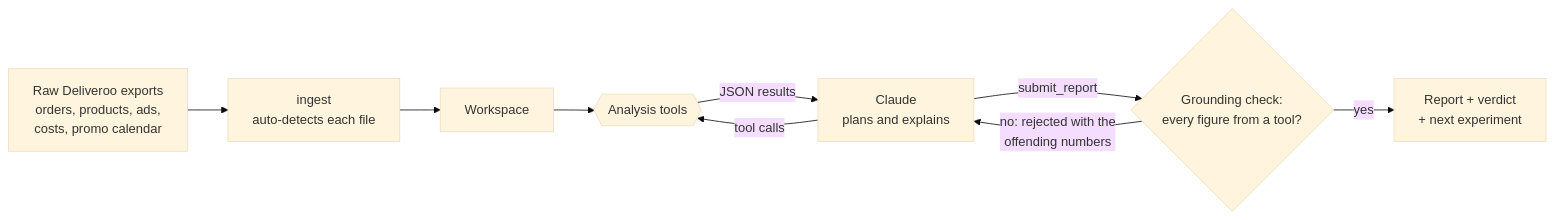
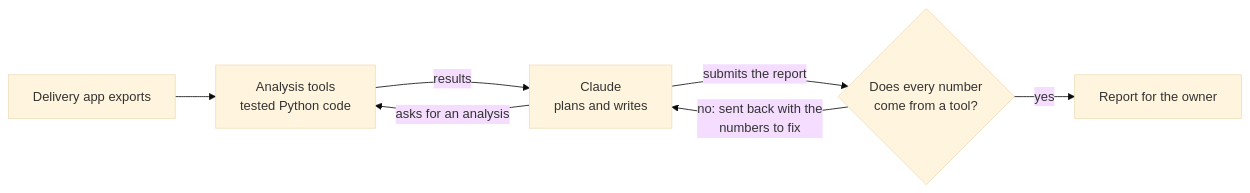
Before and after one commit to andreaezioguglielmini/promo-profit-lab: the diagram in README.md, drawn with Mermaid (base theme). The commit also changed other lines of this file and 22 other files, not shown here.

````diff
--- a/README.md
+++ b/README.md
@@ -19,11 +57,9 @@
 ```mermaid
 flowchart LR
-    A[Raw Deliveroo exports<br/>orders, products, ads,<br/>costs, promo calendar] --> B[ingest<br/>auto-detects each file]
-    B --> C[Workspace]
-    C --> T{{Analysis tools}}
-    L[Claude<br/>plans and explains] -- tool calls --> T
-    T -- JSON results --> L
-    L -- submit_report --> G{Grounding check:<br/>every figure from a tool?}
-    G -- no: rejected with the<br/>offending numbers --> L
-    G -- yes --> R[Report + verdict<br/>+ next experiment]
+    A[Delivery app exports] --> B[Analysis tools<br/>tested Python code]
+    L[Claude<br/>plans and writes] -- asks for an analysis --> B
+    B -- results --> L
+    L -- submits the report --> G{Does every number<br/>come from a tool?}
+    G -- no: sent back with the<br/>numbers to fix --> L
+    G -- yes --> R[Report for the owner]
 ```
````
